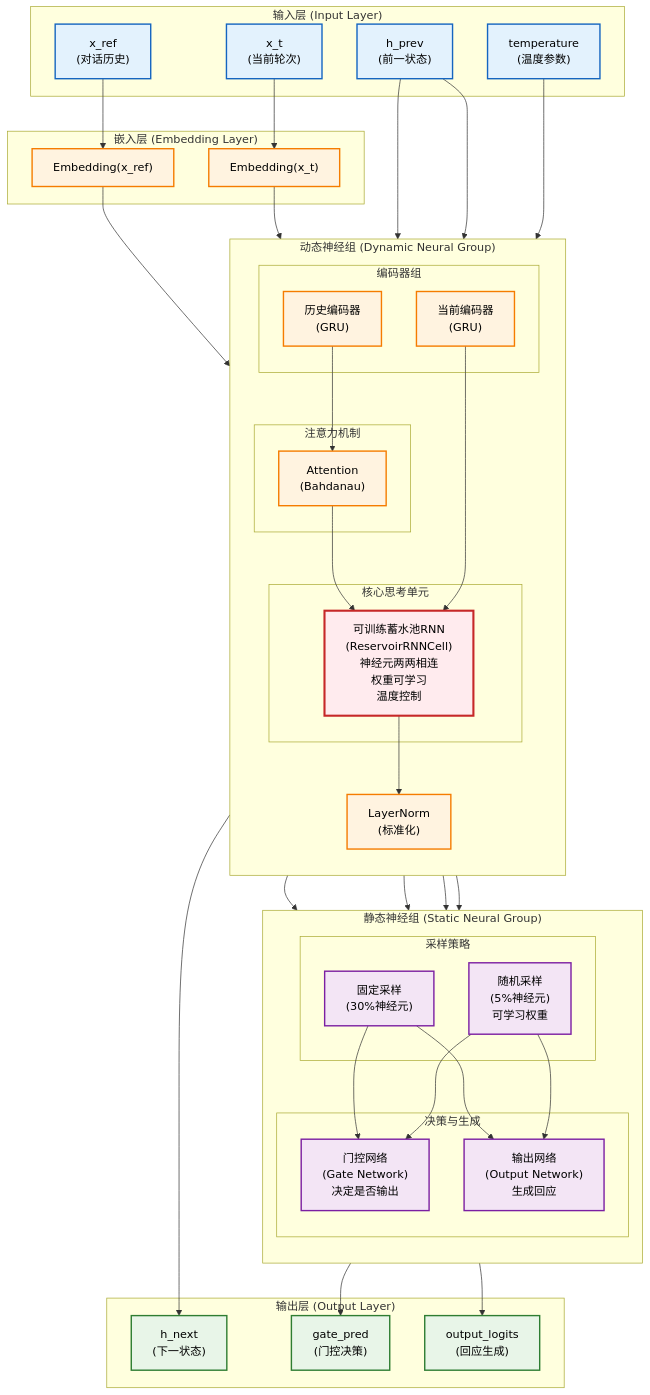
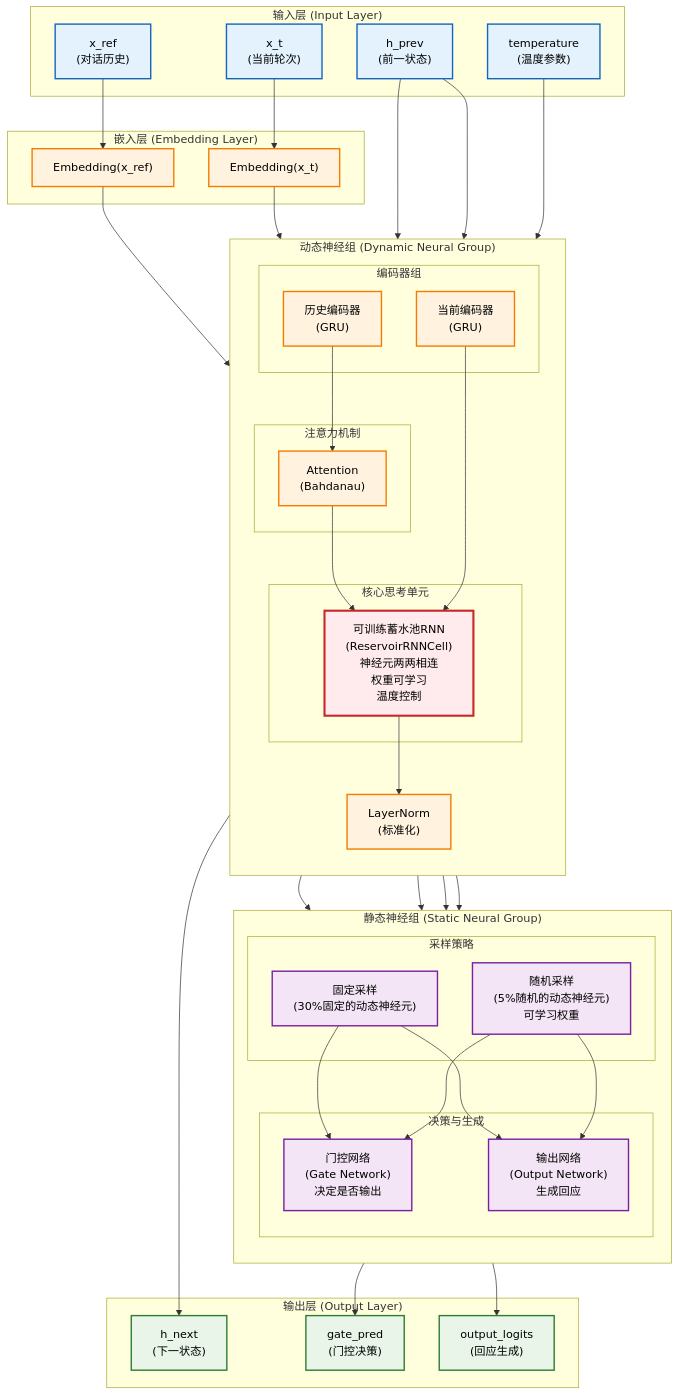
Before and after one commit to raw-poplar/HGD-MemNet: the diagram in README.md, drawn with Mermaid.

Commit message:
feat: readme更新

```diff
--- a/README.md
+++ b/README.md
@@ -52,8 +52,8 @@
     subgraph "静态神经组 (Static Neural Group)"
         direction TB
         subgraph "采样策略"
-            fixed_sample["固定采样<br/>(30%神经元)"]
-            random_sample["随机采样<br/>(5%神经元)<br/>可学习权重"]
+            fixed_sample["固定采样<br/>(30%固定的动态神经元)"]
+            random_sample["随机采样<br/>(5%随机的动态神经元)<br/>可学习权重"]
         end
 
         subgraph "决策与生成"
```
